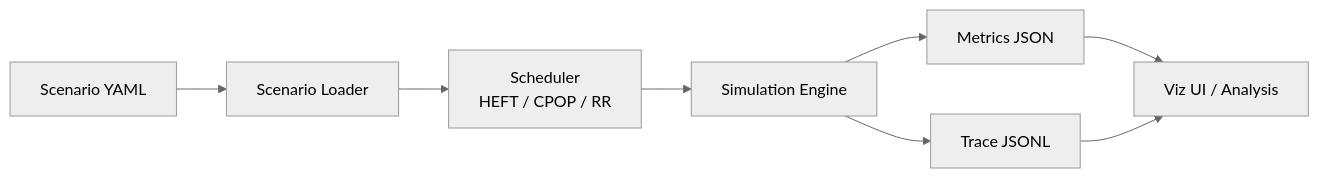
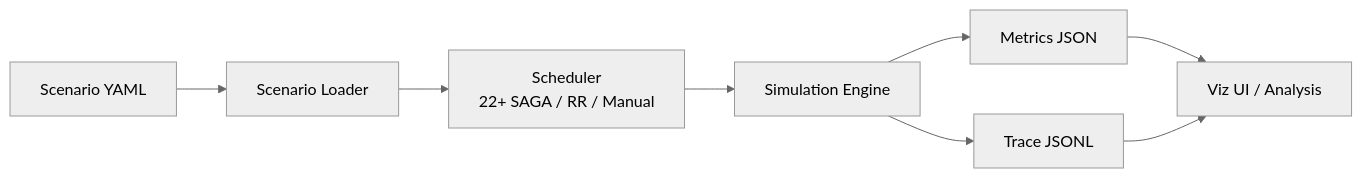
One commit to ANRGUSC/ncsim changed the diagram in docs/index.md. Above: the diagram before and after it, drawn with Mermaid (neutral theme). The commit also changed other lines of this file and 26 other files, not shown here.

````diff
--- a/docs/index.md
+++ b/docs/index.md
@@ -102,10 +102,10 @@
 ```mermaid
 graph LR
     A[Scenario YAML] --> B[Scenario Loader]
-    B --> C[Scheduler<br/>HEFT / CPOP / RR]
+    B --> C[Scheduler<br/>22+ SAGA / RR / Manual]
     C --> D[Simulation Engine]
     D --> E[Trace JSONL]
     D --> F[Metrics JSON]
     F --> G[Viz UI / Analysis]
     E --> G
 ```
````
